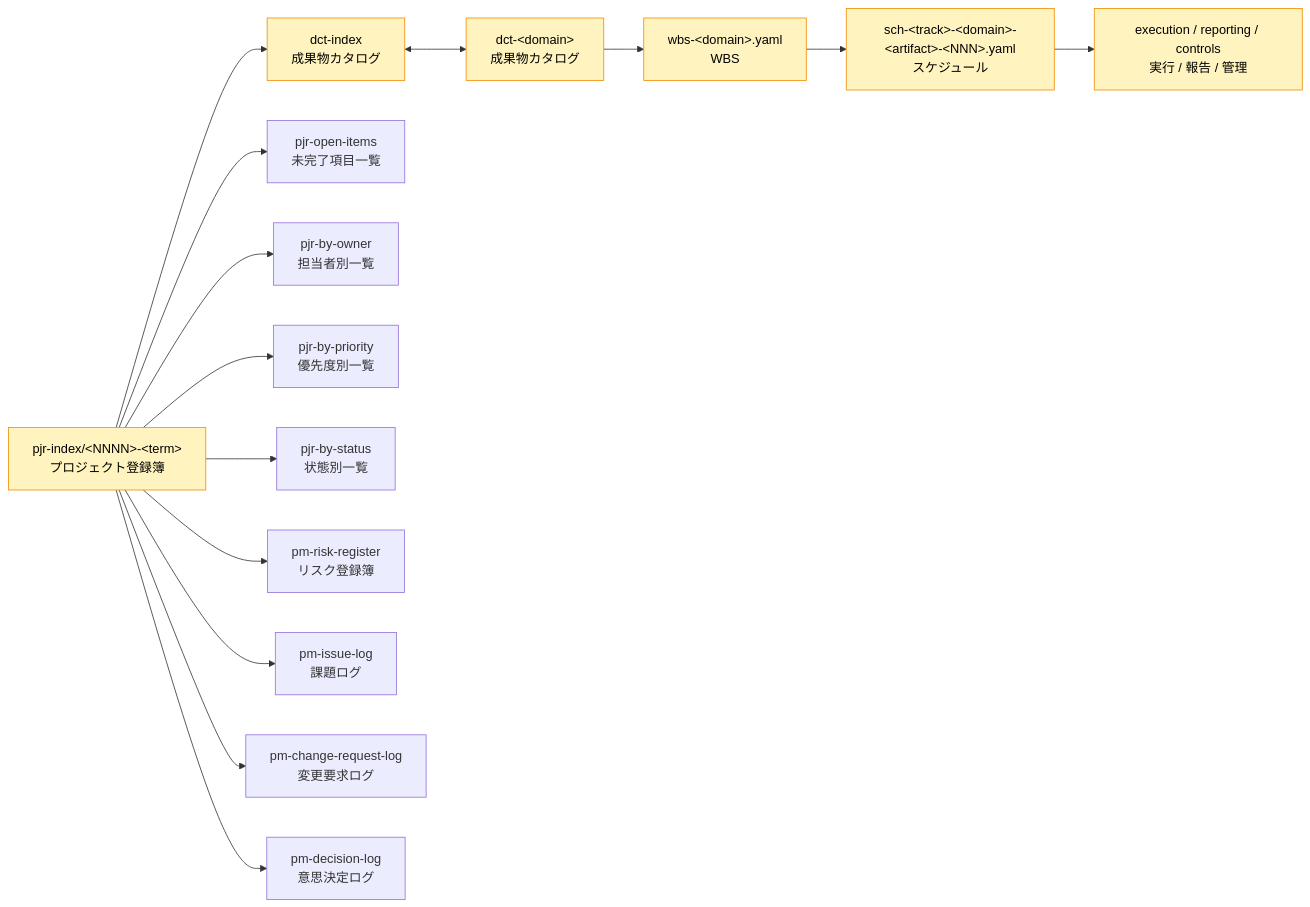
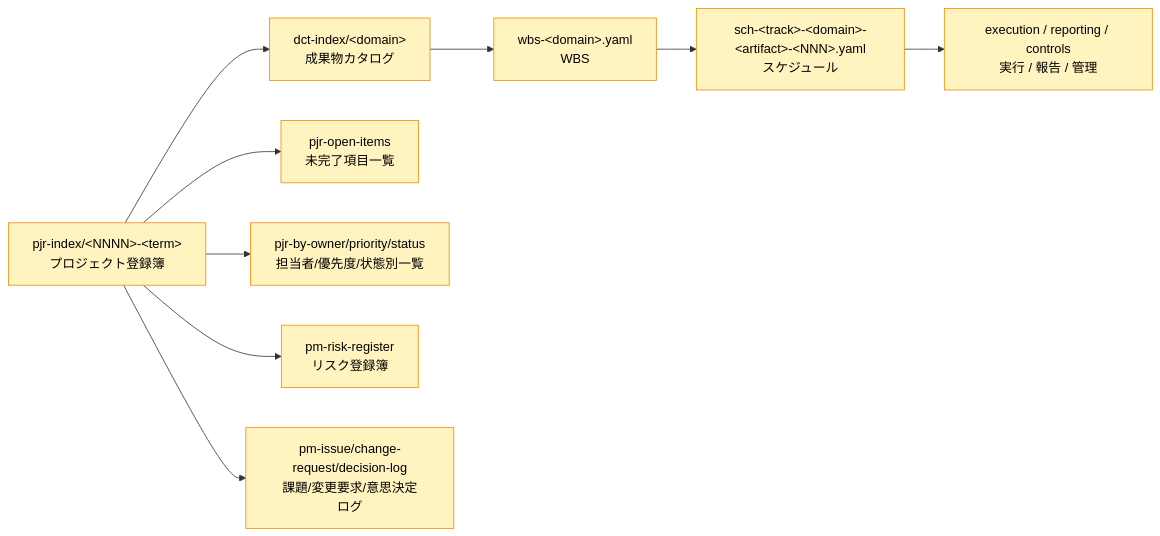
Before and after one commit to specdojo/specdojo-handbook: the fourth of 4 diagrams in docs/ja/specdojo/guidelines/docs-structure-guide.md, drawn with Mermaid. The commit also changed 8 other files, not shown here.

````diff
--- a/docs/ja/specdojo/guidelines/docs-structure-guide.md
+++ b/docs/ja/specdojo/guidelines/docs-structure-guide.md
@@ -418,31 +418,22 @@
 ```mermaid
 flowchart LR
 
   PJR["pjr-index/&lt;NNNN&gt;-&lt;term&gt;<br/>プロジェクト登録簿"]
-  DCI["dct-index<br/>成果物カタログ"]
-  DC["dct-&lt;domain&gt;<br/>成果物カタログ"]
+  DC["dct-index/&lt;domain&gt;<br/>成果物カタログ"]
   WBS["wbs-&lt;domain&gt;.yaml<br/>WBS"]
   SCH["sch-&lt;track&gt;-&lt;domain&gt;-&lt;artifact&gt;-&lt;NNN&gt;.yaml<br/>スケジュール"]
   EXE["execution / reporting / controls<br/>実行 / 報告 / 管理"]
   POI["pjr-open-items<br/>未完了項目一覧"]
-  PBO["pjr-by-owner<br/>担当者別一覧"]
-  PBP["pjr-by-priority<br/>優先度別一覧"]
-  PBS["pjr-by-status<br/>状態別一覧"]
+  PB["pjr-by-owner/priority/status<br/>担当者/優先度/状態別一覧"]
   PRR["pm-risk-register<br/>リスク登録簿"]
-  PIL["pm-issue-log<br/>課題ログ"]
-  PCR["pm-change-request-log<br/>変更要求ログ"]
-  PDR["pm-decision-log<br/>意思決定ログ"]
+  PL["pm-issue/change-request/decision-log<br/>課題/変更要求/意思決定<br/>ログ"]
 
-  PJR --> DCI <--> DC --> WBS --> SCH --> EXE
+  PJR --> DC --> WBS --> SCH --> EXE
   PJR --> POI
-  PJR --> PBO
-  PJR --> PBP
-  PJR --> PBS
+  PJR --> PB
   PJR --> PRR
-  PJR --> PIL
-  PJR --> PCR
-  PJR --> PDR
+  PJR --> PL
 
   classDef projectWise fill:#fff3bf,stroke:#f08c00,color:#000;
-  class PJR,DCI,DC,WBS,SCH,EXE projectWise;
+  class PJR,DCI,DC,WBS,SCH,EXE,POI,PB,PRR,PL projectWise;
 ```
````
